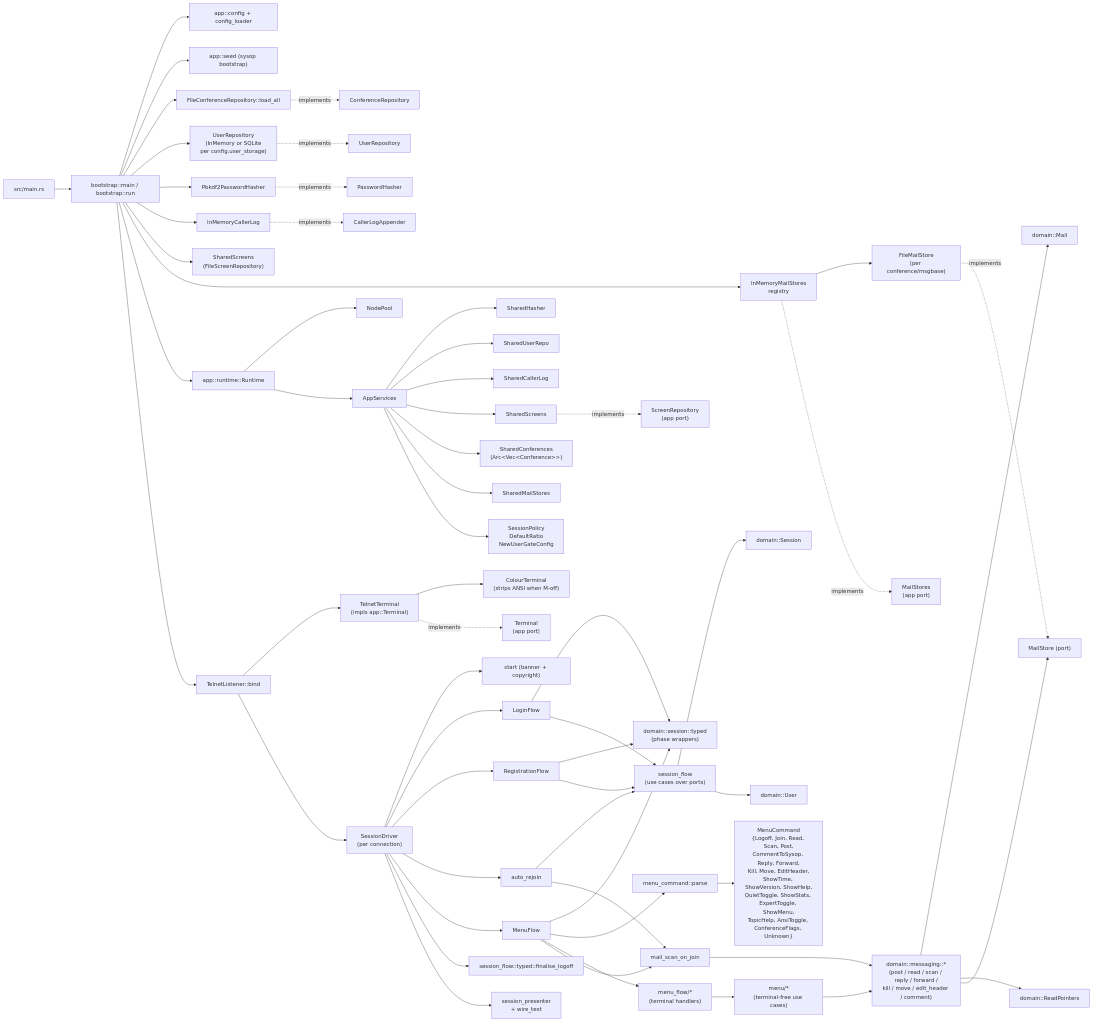
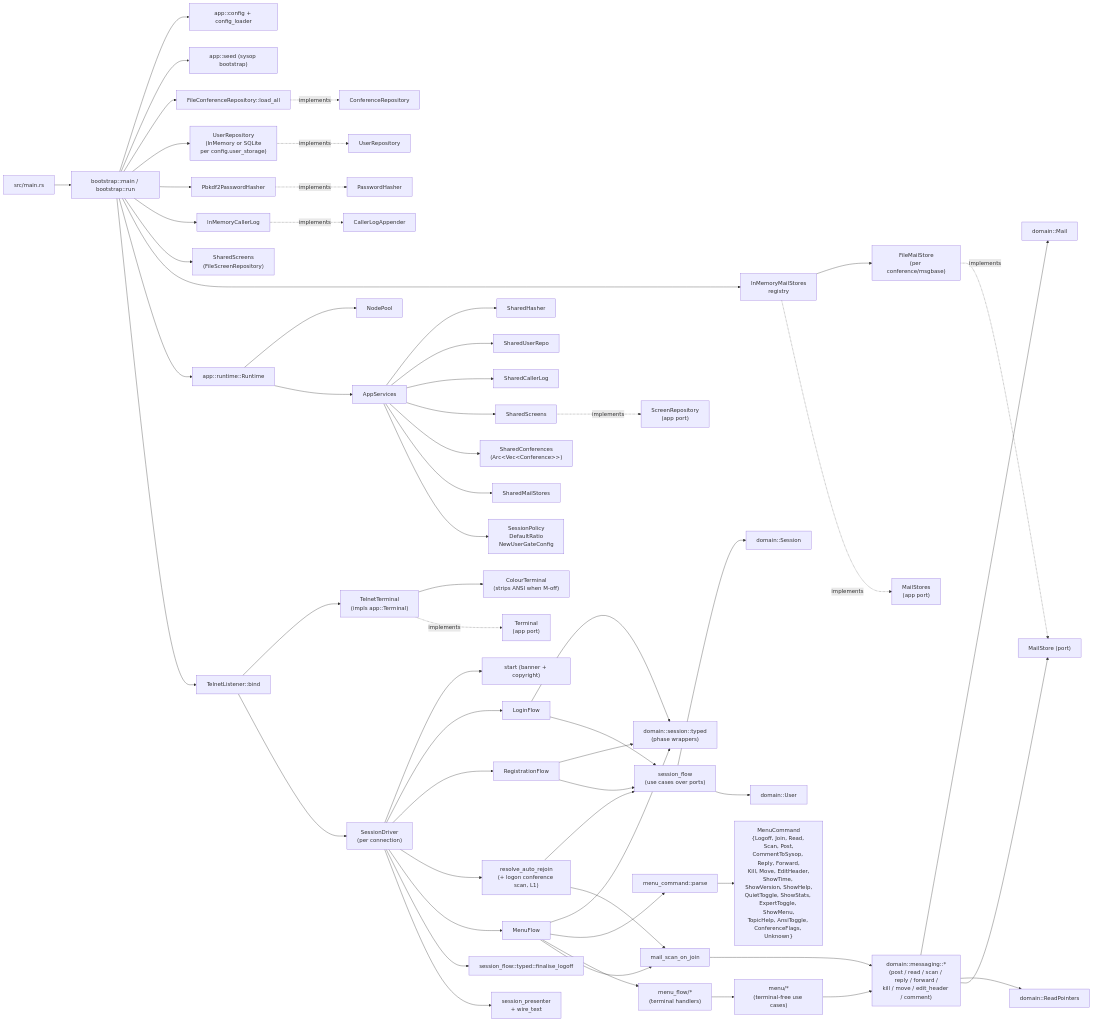
The diagram in SYSTEM.md (pingles/nextexpress), drawn with Mermaid before and after one commit. The commit also changed other lines of this file and 13 other files, not shown here.

First line of the commit message:
Login: run the logon conference scan before the auto-rejoin (slice L1)

````diff
--- a/SYSTEM.md
+++ b/SYSTEM.md
@@ -92,71 +92,71 @@
 ```mermaid
 flowchart LR
     Main["src/main.rs"] --> AppRun["bootstrap::main / bootstrap::run"]
 
     AppRun --> Config["app::config + config_loader"]
     AppRun --> Seed["app::seed (sysop bootstrap)"]
     AppRun --> ConfRepo["FileConferenceRepository::load_all"]
     AppRun --> UserRepo["UserRepository\n(InMemory or SQLite\nper config.user_storage)"]
     AppRun --> Hasher["Pbkdf2PasswordHasher"]
     AppRun --> CallerLog["InMemoryCallerLog"]
     AppRun --> Screens["SharedScreens\n(FileScreenRepository)"]
     AppRun --> MailRegistry["InMemoryMailStores\nregistry"]
     MailRegistry --> FileMailStore["FileMailStore\n(per conference/msgbase)"]
 
     AppRun --> Runtime["app::runtime::Runtime"]
     Runtime --> NodePool["NodePool"]
     Runtime --> Services["AppServices"]
 
     Services --> Sharedhasher["SharedHasher"]
     Services --> SharedRepo["SharedUserRepo"]
     Services --> SharedLog["SharedCallerLog"]
     Services --> SharedScreens
     Services --> SharedConfs["SharedConferences\n(Arc&lt;Vec&lt;Conference&gt;&gt;)"]
     Services --> SharedMail["SharedMailStores"]
     Services --> Policy["SessionPolicy\nDefaultRatio\nNewUserGateConfig"]
 
     AppRun --> Telnet["TelnetListener::bind"]
     Telnet --> Terminal["TelnetTerminal\n(impls app::Terminal)"]
     Terminal --> Colour["ColourTerminal\n(strips ANSI when M-off)"]
     Telnet --> Driver["SessionDriver\n(per connection)"]
 
     Driver --> Start["start (banner + copyright)"]
     Driver --> Login["LoginFlow"]
     Driver --> Registration["RegistrationFlow"]
-    Driver --> AutoRejoin["auto_rejoin"]
+    Driver --> AutoRejoin["resolve_auto_rejoin\n(+ logon conference scan, L1)"]
     Driver --> Menu["MenuFlow"]
     Driver --> Finalise["session_flow::typed::finalise_logoff"]
 
     Login --> Typed["domain::session::typed\n(phase wrappers)"]
     Registration --> Typed
     Menu --> Typed
     Login --> SF["session_flow\n(use cases over ports)"]
     Registration --> SF
     AutoRejoin --> SF
     Driver --> Presenter["session_presenter\n+ wire_text"]
 
     Menu --> Parse["menu_command::parse"]
     Parse --> Cmds["MenuCommand\n{Logoff, Join, Read, Scan, Post,\nCommentToSysop, Reply, Forward,\nKill, Move, EditHeader,\nShowTime, ShowVersion, ShowHelp,\nQuietToggle, ShowStats, ExpertToggle, ShowMenu,\nTopicHelp, AnsiToggle, ConferenceFlags, Unknown}"]
     Menu --> MenuFlowHandlers["menu_flow/*\n(terminal handlers)"]
     MenuFlowHandlers --> MenuUseCases["menu/*\n(terminal-free use cases)"]
 
     MenuUseCases --> Rules["domain::messaging::*\n(post / read / scan / reply / forward /\nkill / move / edit_header / comment)"]
     AutoRejoin --> ScanOnJoin["mail_scan_on_join"]
     Menu --> ScanOnJoin
     ScanOnJoin --> Rules
 
     Rules --> Mail["domain::Mail"]
     Rules --> Pointers["domain::ReadPointers"]
     Rules --> MailPort["MailStore (port)"]
     SF --> DomainSession["domain::Session"]
     SF --> DomainUser["domain::User"]
 
     ConfRepo -.implements.-> ConfPort["ConferenceRepository"]
     UserRepo -.implements.-> UserPort["UserRepository"]
     Hasher -.implements.-> HasherPort["PasswordHasher"]
     CallerLog -.implements.-> LogPort["CallerLogAppender"]
     SharedScreens -.implements.-> ScreenPort["ScreenRepository\n(app port)"]
     MailRegistry -.implements.-> MailRegistryPort["MailStores\n(app port)"]
     FileMailStore -.implements.-> MailPort
     Terminal -.implements.-> TermPort["Terminal\n(app port)"]
 ```
````
